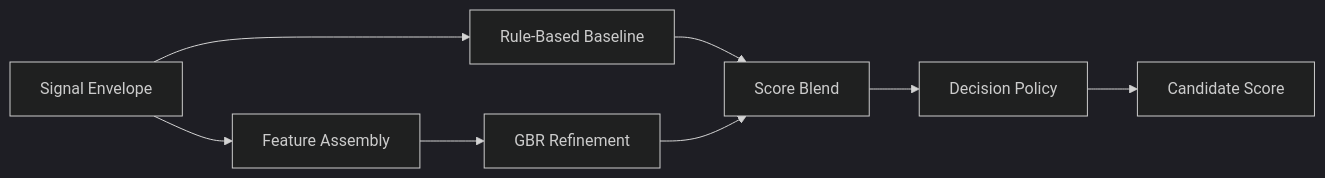
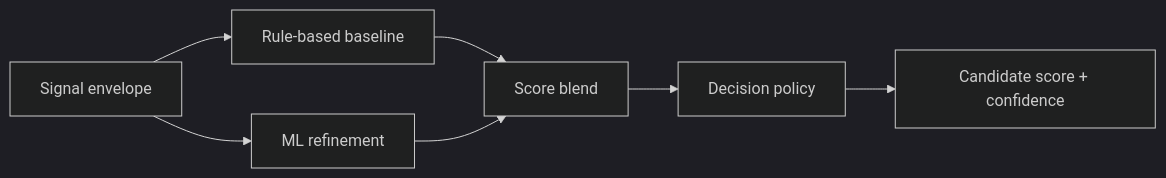
Before and after one commit to alenisaw/invision_u_Vi-Ka: the first of 2 diagrams in docs/eng/SCORING.md, drawn with Mermaid (dark theme). The commit also changed other lines of this file and 21 other files, not shown here.

````diff
--- a/docs/eng/SCORING.md
+++ b/docs/eng/SCORING.md
@@ -185,18 +62,16 @@
 ```mermaid
 flowchart LR
-    Envelope["Signal Envelope"]
-    Rules["Rule-Based Baseline"]
-    Features["Feature Assembly"]
-    GBR["GBR Refinement"]
-    Blend["Score Blend"]
-    Policy["Decision Policy"]
-    Score["Candidate Score"]
+    Envelope["Signal envelope"]
+    Rules["Rule-based baseline"]
+    ML["ML refinement"]
+    Blend["Score blend"]
+    Policy["Decision policy"]
+    Output["Candidate score + confidence"]
 
     Envelope --> Rules
-    Envelope --> Features
-    Features --> GBR
+    Envelope --> ML
     Rules --> Blend
-    GBR --> Blend
+    ML --> Blend
     Blend --> Policy
-    Policy --> Score
+    Policy --> Output
 ```
````
